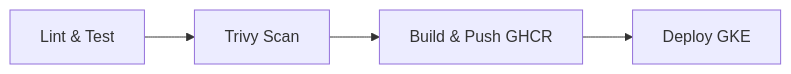
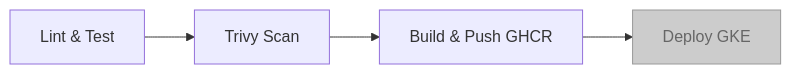
The third of 4 diagrams in README.md (Emillyjpg/Pedido-Veloz-Facu), drawn with Mermaid before and after one commit. The commit also changed other lines of this file, not shown here.

````diff
--- a/README.md
+++ b/README.md
@@ -398,6 +398,8 @@
 ```mermaid
 graph LR
     A[Lint & Test] --> B[Trivy Scan]
     B --> C[Build & Push GHCR]
     C --> D[Deploy GKE]
+
+    style D fill:#ccc,stroke:#999,color:#666
 ```
````
